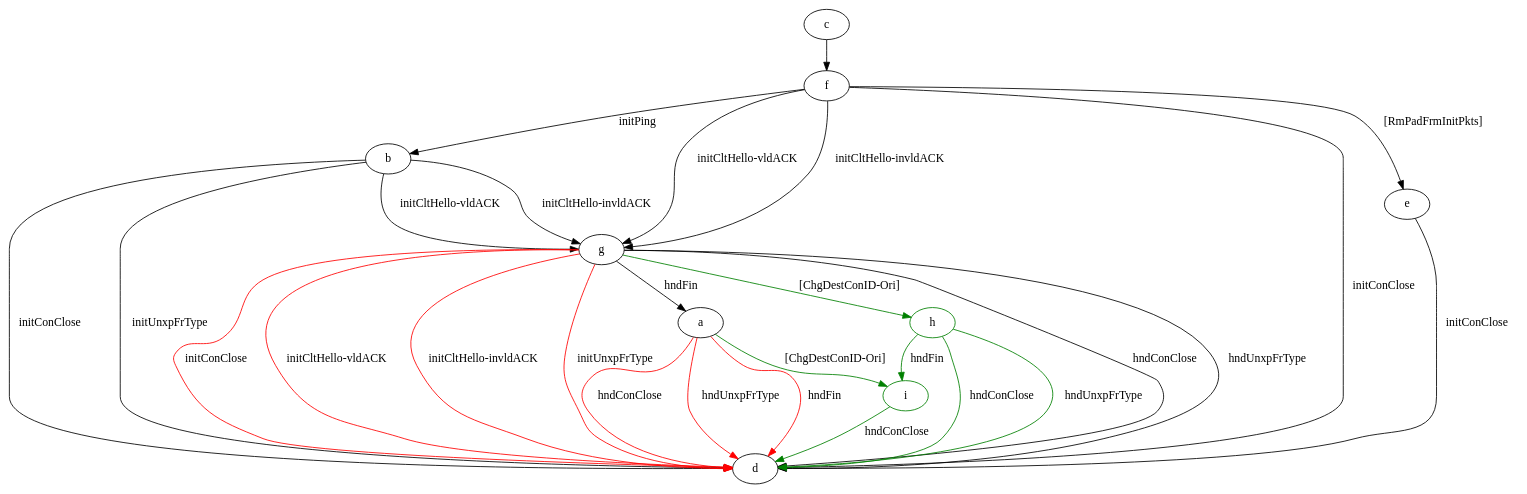
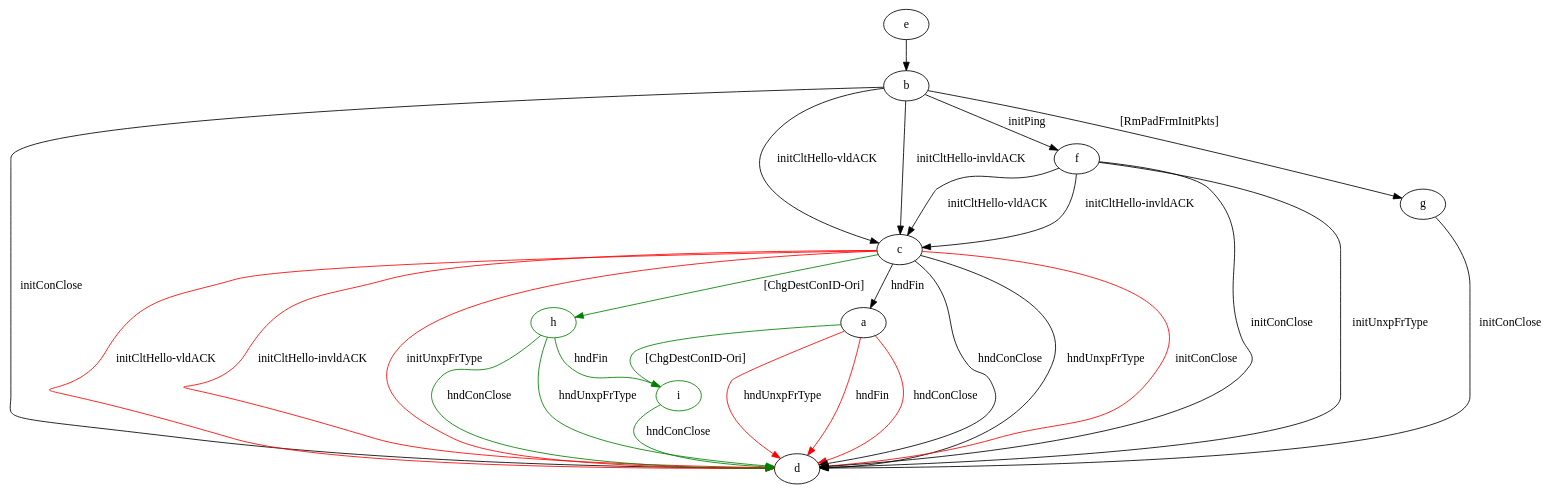
The diagram in results/quiwiModels/crossCheckResults/quiwi-B-s-0_vs_xquic-B-s-0.dot (QUICTester/QUICTester), drawn with Graphviz before and after one commit. The commit also changed 2030 other files, not shown here.

```diff
--- a/results/quiwiModels/crossCheckResults/quiwi-B-s-0_vs_xquic-B-s-0.dot
+++ b/results/quiwiModels/crossCheckResults/quiwi-B-s-0_vs_xquic-B-s-0.dot
@@ -1,70 +1,70 @@
 digraph "" {
 	a -> d	[key=0,
 		color=red,
 		label="hndFin "];
 	a -> d	[key=1,
 		color=red,
 		label="hndConClose "];
 	a -> d	[key=2,
 		color=red,
 		label="hndUnxpFrType "];
 	i	[color=green];
 	a -> i	[key=0,
 		color=green,
 		label="[ChgDestConID-Ori] "];
+	b -> c	[key=0,
+		label="initCltHello-vldACK "];
+	b -> c	[key=1,
+		label="initCltHello-invldACK "];
 	b -> d	[key=0,
 		label="initConClose "];
-	b -> d	[key=1,
-		label="initUnxpFrType "];
+	b -> f	[key=0,
+		label="initPing "];
 	b -> g	[key=0,
-		label="initCltHello-vldACK "];
-	b -> g	[key=1,
-		label="initCltHello-invldACK "];
-	c -> f	[key=0];
-	e -> d	[key=0,
-		label="initConClose "];
-	f -> b	[key=0,
-		label="initPing "];
-	f -> d	[key=0,
-		label="initConClose "];
-	f -> e	[key=0,
 		label="[RmPadFrmInitPkts] "];
-	f -> g	[key=0,
-		label="initCltHello-vldACK "];
-	f -> g	[key=1,
-		label="initCltHello-invldACK "];
-	g -> a	[key=0,
+	c -> a	[key=0,
 		label="hndFin "];
-	g -> d	[key=0,
+	c -> d	[key=0,
 		label="hndConClose "];
-	g -> d	[key=1,
+	c -> d	[key=1,
 		label="hndUnxpFrType "];
-	g -> d	[key=2,
+	c -> d	[key=2,
 		color=red,
 		label="initConClose "];
-	g -> d	[key=3,
+	c -> d	[key=3,
 		color=red,
 		label="initCltHello-vldACK "];
-	g -> d	[key=4,
+	c -> d	[key=4,
 		color=red,
 		label="initCltHello-invldACK "];
-	g -> d	[key=5,
+	c -> d	[key=5,
 		color=red,
 		label="initUnxpFrType "];
 	h	[color=green];
-	g -> h	[key=0,
+	c -> h	[key=0,
 		color=green,
 		label="[ChgDestConID-Ori] "];
+	e -> b	[key=0];
+	f -> c	[key=0,
+		label="initCltHello-vldACK "];
+	f -> c	[key=1,
+		label="initCltHello-invldACK "];
+	f -> d	[key=0,
+		label="initConClose "];
+	f -> d	[key=1,
+		label="initUnxpFrType "];
+	g -> d	[key=0,
+		label="initConClose "];
 	h -> d	[key=0,
 		color=green,
 		label="hndConClose "];
 	h -> d	[key=1,
 		color=green,
 		label="hndUnxpFrType "];
 	h -> i	[key=0,
 		color=green,
 		label="hndFin "];
 	i -> d	[key=0,
 		color=green,
 		label="hndConClose "];
 }
```
